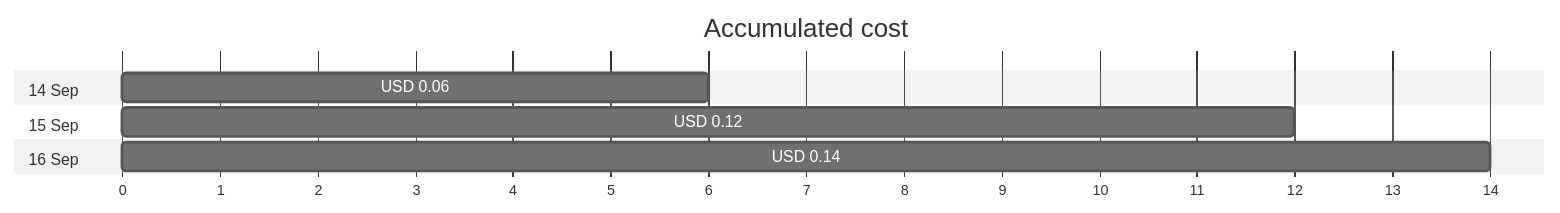
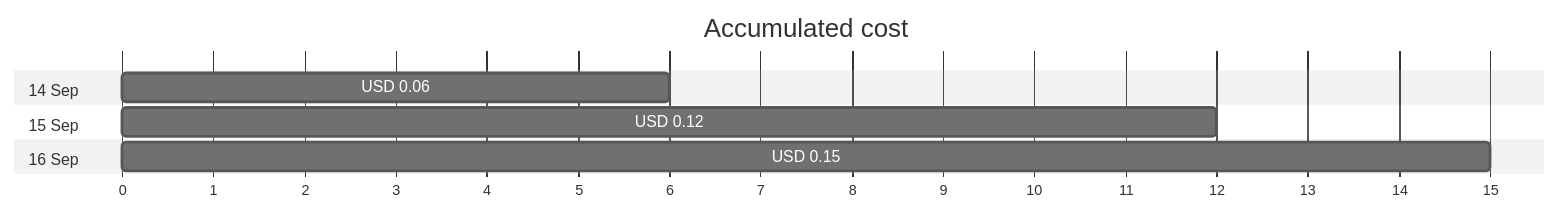
One commit to jpfulton/azure-personal-reports changed the first of 4 diagrams in cost-reports/personal-network/backup-server_OsDisk.md. Above: the diagram before and after it, drawn with Mermaid (neutral theme). The commit also changed other lines of this file and 16 other files, not shown here.

````diff
--- a/cost-reports/personal-network/backup-server_OsDisk.md
+++ b/cost-reports/personal-network/backup-server_OsDisk.md
@@ -20,12 +20,12 @@
 ```mermaid
 gantt
    title Accumulated cost
    dateFormat  X
    axisFormat %s
    section 14 Sep
    USD 0.06 :0, 6
    section 15 Sep
    USD 0.12 :0, 12
    section 16 Sep
-   USD 0.14 :0, 14
+   USD 0.15 :0, 15
 ```
````
